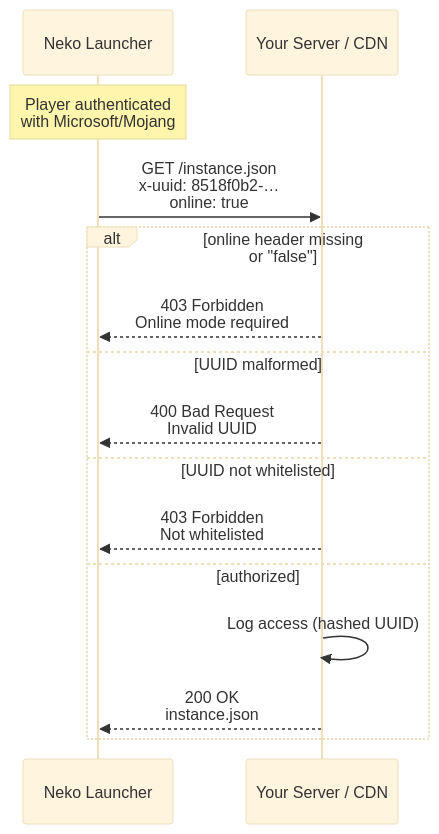
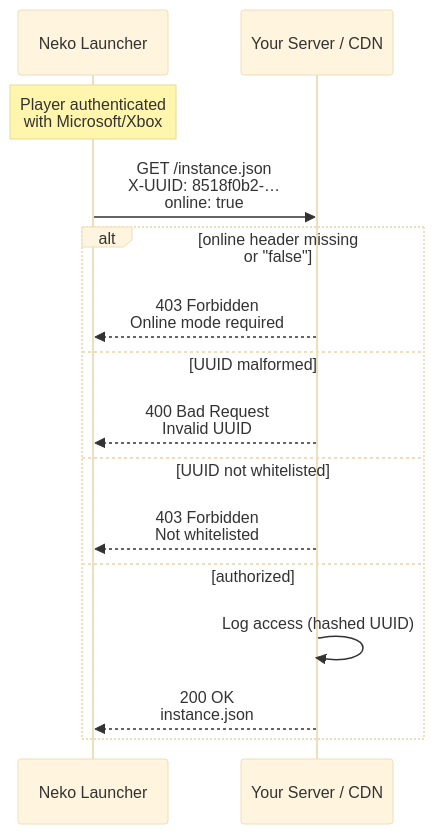
Before and after one commit to alice-magic/wiki: the diagram in en/neko-launcher/http-headers.md, drawn with Mermaid (base theme). The commit also changed other lines of this file and 21 other files, not shown here.

First line of the commit message:
docs: rewrite entire wiki (EN + TH) — accuracy, structure, Mermaid diagrams (#9)

````diff
--- a/en/neko-launcher/http-headers.md
+++ b/en/neko-launcher/http-headers.md
@@ -21,19 +27,19 @@
 ```mermaid
 sequenceDiagram
     participant L as Neko Launcher
     participant S as Your Server / CDN
 
-    Note over L: Player authenticated<br/>with Microsoft/Mojang
-    L->>S: GET /instance.json<br/>x-uuid: 8518f0b2-…<br/>online: true
+    Note over L: Player authenticated<br/>with Microsoft/Xbox
+    L->>S: GET /instance.json<br/>X-UUID: 8518f0b2-…<br/>online: true
 
     alt online header missing or "false"
         S-->>L: 403 Forbidden<br/>Online mode required
     else UUID malformed
         S-->>L: 400 Bad Request<br/>Invalid UUID
     else UUID not whitelisted
         S-->>L: 403 Forbidden<br/>Not whitelisted
     else authorized
         S->>S: Log access (hashed UUID)
         S-->>L: 200 OK<br/>instance.json
     end
 ```
````
